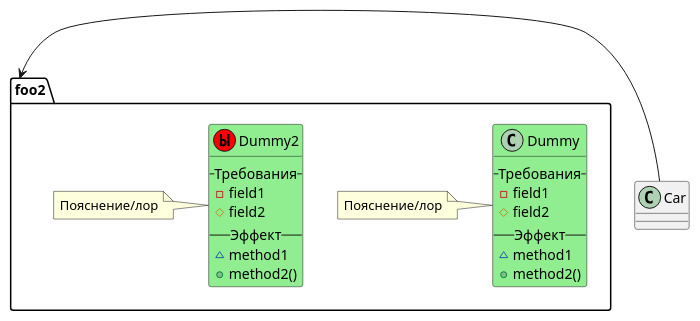
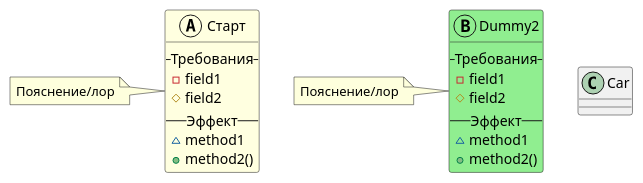
The diagram in tech/new_tech.puml (RollingHog/AxesNRunes), drawn with PlantUML before and after one commit.

```diff
--- a/tech/new_tech.puml
+++ b/tech/new_tech.puml
@@ -5,29 +5,28 @@
-@startuml
+@startuml Tech
 page 2x2
 
 class Car
 
-package foo2 {
-class Dummy #LightGreen {
+' package foo2 {
+class Старт << (А,LightYellow) >>  #LightYellow {
 --Требования--
  -field1
  #field2
 --Эффект--
  ~method1
  +method2()
 }
 note left: Пояснение/лор
 
-class Dummy2 << (Ы,red) >> #LightGreen {
+class Dummy2 << (В,LightGreen) >> #LightGreen {
 --Требования--
  -field1
  #field2
 --Эффект--
  ~method1
  +method2()
 }
 note left: Пояснение/лор
-}
+' }
 
-Car -> foo2
 @enduml
```
